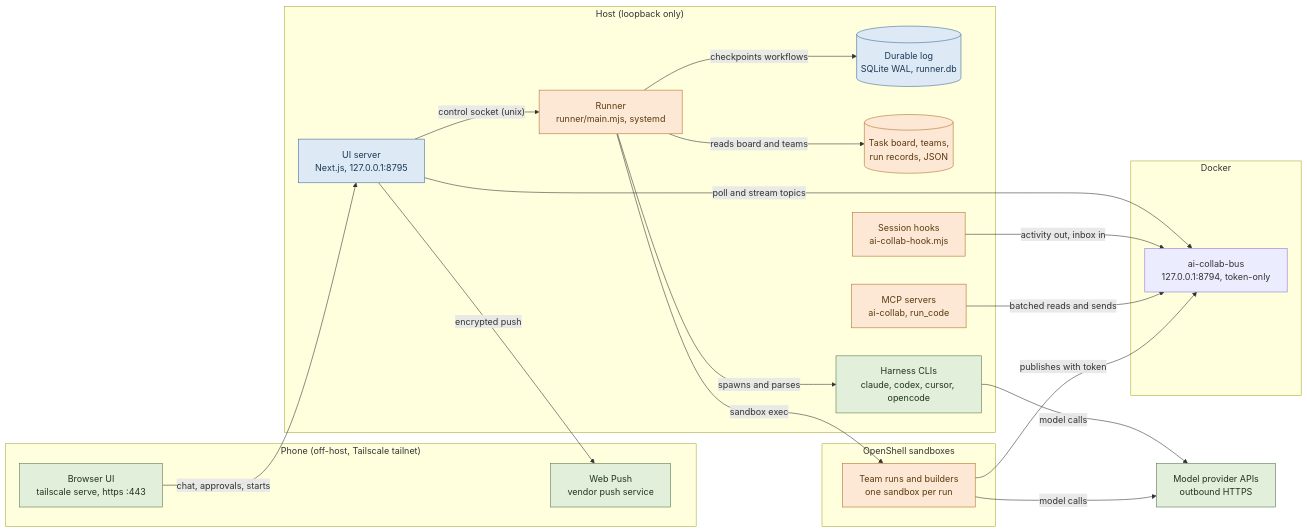
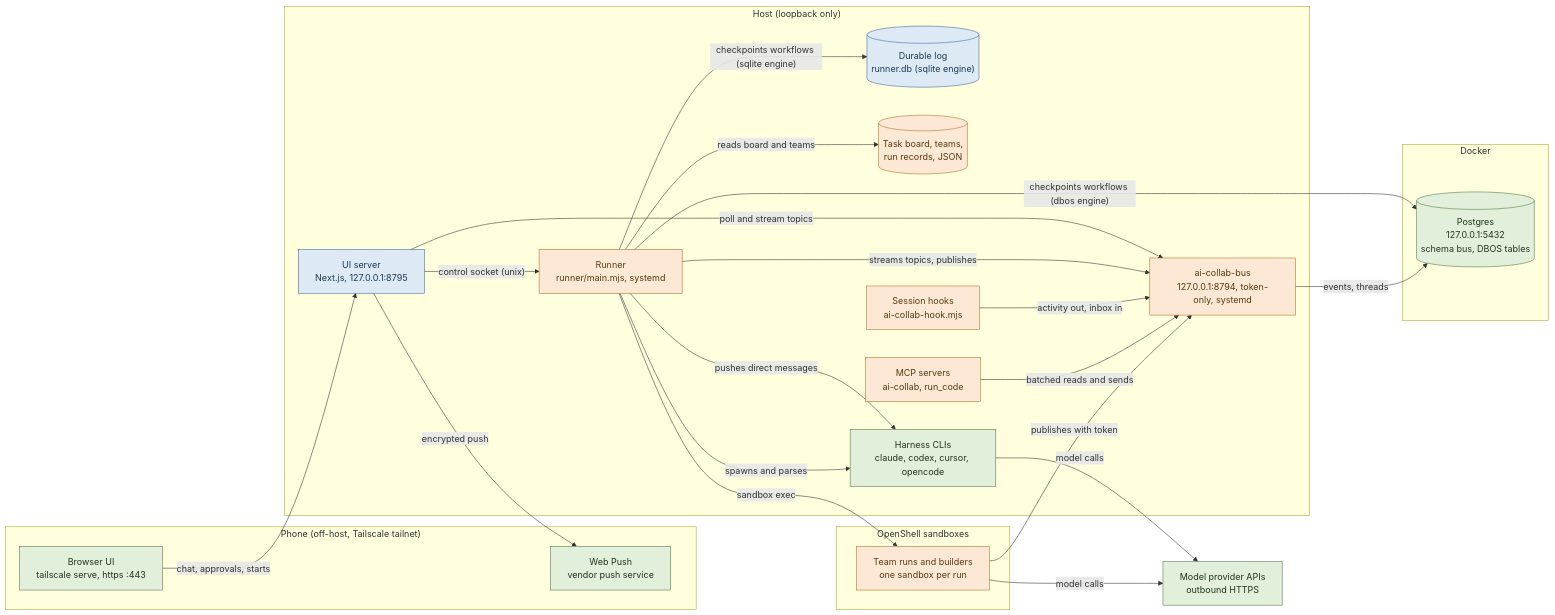
Before and after one commit to bcmyguest/ai-collab: the first of 3 diagrams in docs/architecture-diagrams.md, drawn with Mermaid. The commit also changed other lines of this file and 29 other files, not shown here.

Commit message:
docs: describe the Postgres bus, not ntfy

````diff
--- a/docs/architecture-diagrams.md
+++ b/docs/architecture-diagrams.md
@@ -15,58 +15,64 @@
 ```mermaid
 flowchart LR
   classDef shelf fill:#e2efda,stroke:#54784b,color:#20361c
   classDef hybrid fill:#dde9f5,stroke:#3d6a99,color:#1c3a57
   classDef own fill:#fce8d5,stroke:#b06f24,color:#5c3a10
 
   subgraph PHONE["Phone (off-host, Tailscale tailnet)"]
     browser["Browser UI<br/>tailscale serve, https :443"]
     push["Web Push<br/>vendor push service"]
   end
 
   subgraph HOST["Host (loopback only)"]
     ui["UI server<br/>Next.js, 127.0.0.1:8795"]
     runner["Runner<br/>runner/main.mjs, systemd"]
-    db[("Durable log<br/>SQLite WAL, runner.db")]
+    bus["ai-collab-bus<br/>127.0.0.1:8794, token-only, systemd"]
+    db[("Durable log<br/>runner.db (sqlite engine)")]
     state[("Task board, teams,<br/>run records, JSON")]
     hook["Session hooks<br/>ai-collab-hook.mjs"]
     mcp["MCP servers<br/>ai-collab, run_code"]
     harness["Harness CLIs<br/>claude, codex, cursor, opencode"]
   end
 
   subgraph DOCKER["Docker"]
-    bus["ai-collab-bus<br/>127.0.0.1:8794, token-only"]
+    pg[("Postgres<br/>127.0.0.1:5432<br/>schema bus, DBOS tables")]
   end
 
   subgraph SHELL["OpenShell sandboxes"]
     team["Team runs and builders<br/>one sandbox per run"]
   end
 
   providers["Model provider APIs<br/>outbound HTTPS"]
 
   browser -- "chat, approvals, starts" --> ui
   ui -- "poll and stream topics" --> bus
   ui -- "control socket (unix)" --> runner
   ui -- "encrypted push" --> push
-  runner -- "checkpoints workflows" --> db
+  runner -- "checkpoints workflows (sqlite engine)" --> db
+  runner -- "checkpoints workflows (dbos engine)" --> pg
+  runner -- "streams topics, publishes" --> bus
+  runner -- "pushes direct messages" --> harness
+  bus -- "events, threads" --> pg
   runner -- "reads board and teams" --> state
   runner -- "spawns and parses" --> harness
   runner -- "sandbox exec" --> team
   hook -- "activity out, inbox in" --> bus
   mcp -- "batched reads and sends" --> bus
   team -- "publishes with token" --> bus
   harness -- "model calls" --> providers
   team -- "model calls" --> providers
 
   class browser shelf
   class push shelf
-  class ntfy shelf
+  class pg shelf
+  class bus own
   class harness shelf
   class providers shelf
   class ui hybrid
   class db hybrid
   class runner own
   class state own
   class hook own
   class mcp own
   class team own
 ```
````
